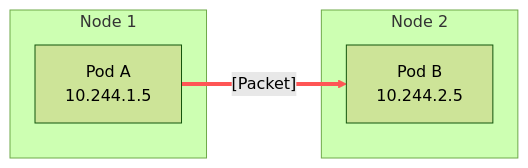
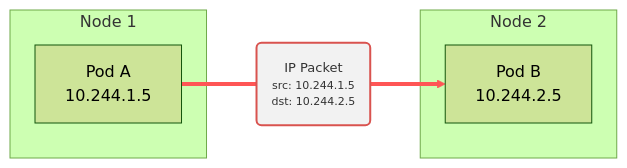
One commit to SRodi/srodi.github.io changed the first of 15 diagrams in _posts/2025-03-17-kubecon.md. Above: the diagram before and after it, drawn with Mermaid (forest theme). The commit also changed other lines of this file, not shown here.

````diff
--- a/_posts/2025-03-17-kubecon.md
+++ b/_posts/2025-03-17-kubecon.md
@@ -11,12 +11,15 @@
 ```mermaid
 graph LR
     subgraph Node1 [Node 1]
         PodA[Pod A<br>10.244.1.5]
     end
     subgraph Node2 [Node 2]
         PodB[Pod B<br>10.244.2.5]
     end
-    PodA --[Packet]--> PodB
+    Packet("<div style='font-size: 13px;'>IP Packet</div><div style='font-size: 11px;'>src: 10.244.1.5<br>dst: 10.244.2.5</div>")
+    PodA --- Packet --> PodB
     %% Highlight the packet flow
-    linkStyle 0 stroke:#ff5555,stroke-width:4px;
+    linkStyle 0,1 stroke:#ff5555,stroke-width:4px;
+    %% Style Packet
+    style Packet fill:#f2f2f2,stroke:#d9534f,stroke-width:2px,color:#333
 ```
````
